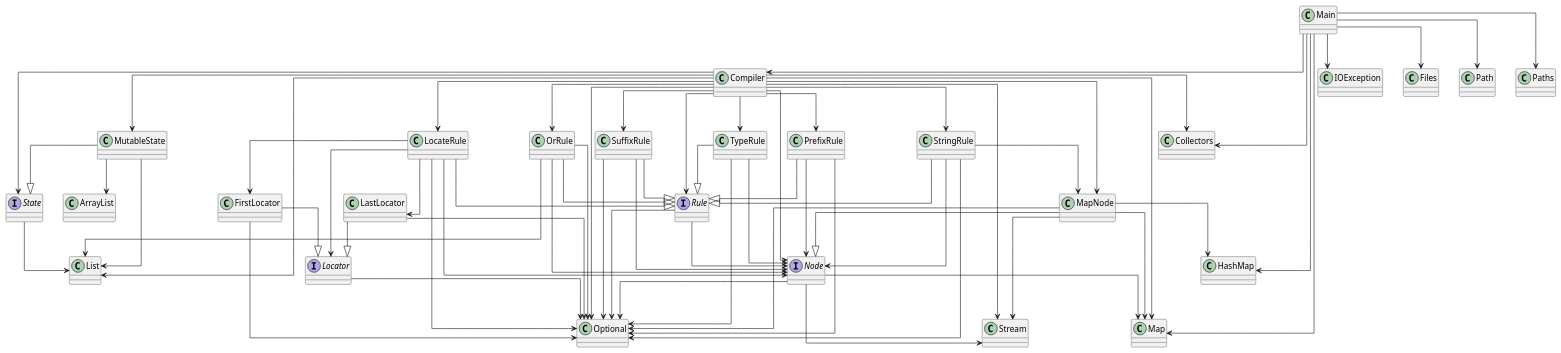
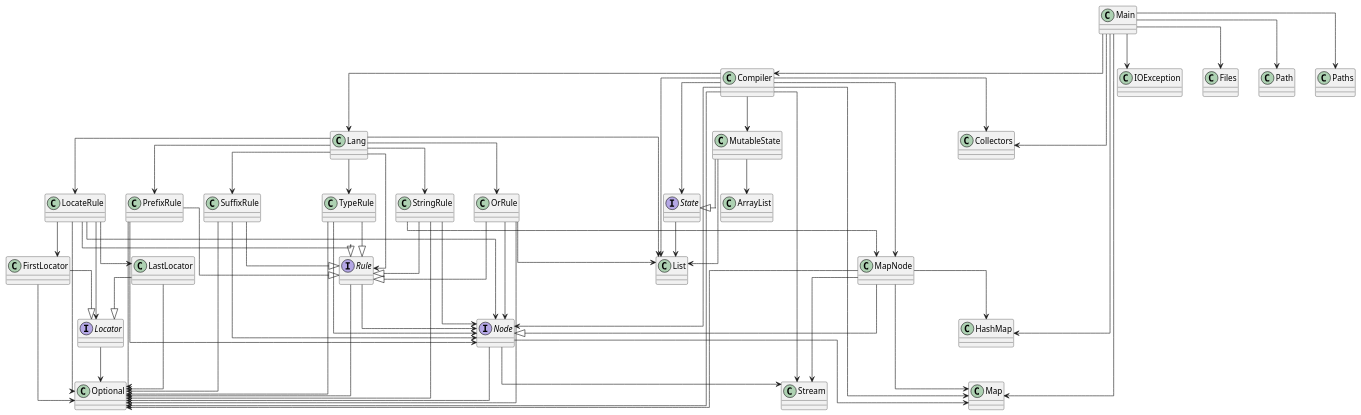
The diagram in diagram.puml (SirMathhman/Magma), drawn with PlantUML before and after one commit. The commit also changed 9 other files, not shown here.

```diff
--- a/diagram.puml
+++ b/diagram.puml
@@ -1,85 +1,88 @@
 @startuml
 skinparam linetype ortho
 StringRule --> MapNode
 StringRule --> Node
 StringRule --> Optional
 class StringRule
 StringRule --|> Rule
 PrefixRule --> Node
 PrefixRule --> Optional
 class PrefixRule
 PrefixRule --|> Rule
-Compiler --> LocateRule
+Compiler --> Lang
 Compiler --> MutableState
-Compiler --> OrRule
-Compiler --> PrefixRule
-Compiler --> Rule
 Compiler --> State
-Compiler --> StringRule
-Compiler --> SuffixRule
-Compiler --> TypeRule
 Compiler --> MapNode
 Compiler --> Node
 Compiler --> List
 Compiler --> Map
 Compiler --> Optional
 Compiler --> Collectors
 Compiler --> Stream
 class Compiler
 LastLocator --> Optional
 class LastLocator
 LastLocator --|> Locator
 OrRule --> Node
 OrRule --> List
 OrRule --> Optional
 class OrRule
 OrRule --|> Rule
 Node --> Map
 Node --> Optional
 Node --> Stream
 interface Node
+Lang --> LocateRule
+Lang --> OrRule
+Lang --> PrefixRule
+Lang --> Rule
+Lang --> StringRule
+Lang --> SuffixRule
+Lang --> TypeRule
+Lang --> List
+class Lang
 MapNode --> HashMap
 MapNode --> Map
 MapNode --> Optional
 MapNode --> Stream
 class MapNode
 MapNode --|> Node
 Locator --> Optional
 interface Locator
 MutableState --> ArrayList
 MutableState --> List
 class MutableState
 MutableState --|> State
 SuffixRule --> Node
 SuffixRule --> Optional
 class SuffixRule
 SuffixRule --|> Rule
 State --> List
 interface State
 FirstLocator --> Optional
 class FirstLocator
 FirstLocator --|> Locator
 Rule --> Node
 Rule --> Optional
 interface Rule
 LocateRule --> FirstLocator
 LocateRule --> LastLocator
 LocateRule --> Locator
 LocateRule --> Node
 LocateRule --> Optional
 class LocateRule
 LocateRule --|> Rule
 Main --> Compiler
 Main --> IOException
 Main --> Files
 Main --> Path
 Main --> Paths
 Main --> HashMap
 Main --> Map
 Main --> Collectors
 class Main
 TypeRule --> Node
 TypeRule --> Optional
 class TypeRule
 TypeRule --|> Rule
 @enduml
```
